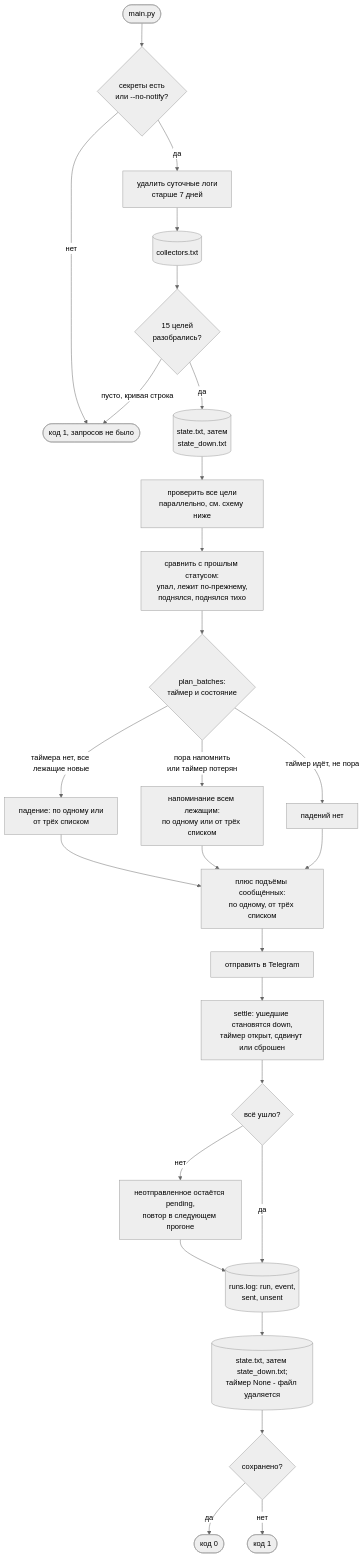
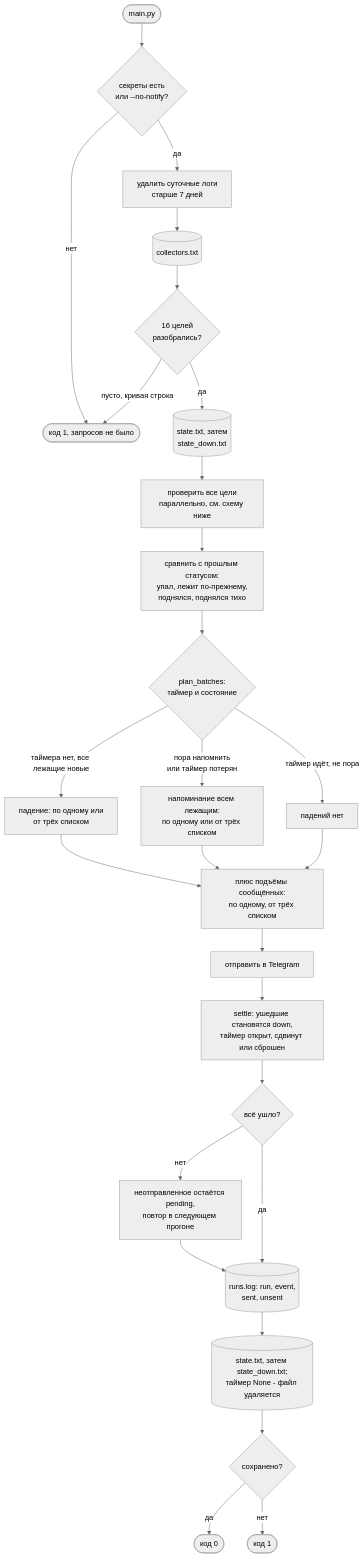
The second of 3 diagrams in automation/collector_checker/README.md (not-hehe/digital_tools), drawn with Mermaid (neutral theme) before and after one commit. The commit also changed other lines of this file and 8 other files, not shown here.

````diff
--- a/automation/collector_checker/README.md
+++ b/automation/collector_checker/README.md
@@ -112,28 +118,28 @@
 ```mermaid
 flowchart TD
     START([main.py]) --> SEC{секреты есть<br/>или --no-notify?}
     SEC -->|нет| EXIT1([код 1, запросов не было])
     SEC -->|да| PRUNE[удалить суточные логи<br/>старше 7 дней]
-    PRUNE --> LIST[(collectors.txt)] --> PARSE{15 целей<br/>разобрались?}
+    PRUNE --> LIST[(collectors.txt)] --> PARSE{16 целей<br/>разобрались?}
     PARSE -->|пусто, кривая строка| EXIT1
     PARSE -->|да| STATE[(state.txt, затем<br/>state_down.txt)]
     STATE --> PROBE[проверить все цели<br/>параллельно, см. схему ниже]
     PROBE --> EVENTS[сравнить с прошлым статусом:<br/>упал, лежит по-прежнему,<br/>поднялся, поднялся тихо]
     EVENTS --> PLAN{plan_batches:<br/>таймер и состояние}
     PLAN -->|таймера нет, все лежащие новые| FALL["падение: по одному или<br/>от трёх списком"]
     PLAN -->|пора напомнить<br/>или таймер потерян| REMIND["напоминание всем лежащим:<br/>по одному или от трёх списком"]
     PLAN -->|таймер идёт, не пора| NOTHING[падений нет]
     FALL --> UPMSG["плюс подъёмы сообщённых:<br/>по одному, от трёх списком"]
     REMIND --> UPMSG
     NOTHING --> UPMSG
     UPMSG --> TG[отправить в Telegram]
     TG --> SETTLE[settle: ушедшие становятся down,<br/>таймер открыт, сдвинут или сброшен]
     SETTLE --> UNSENT{всё ушло?}
     UNSENT -->|нет| REVERT[неотправленное остаётся pending,<br/>повтор в следующем прогоне]
     REVERT --> RUNLOG
     UNSENT -->|да| RUNLOG[(runs.log: run, event,<br/>sent, unsent)]
     RUNLOG --> SAVE[(state.txt, затем state_down.txt;<br/>таймер None - файл удаляется)]
     SAVE --> DONE{сохранено?}
     DONE -->|да| EXIT0([код 0])
     DONE -->|нет| EXIT1B([код 1])
 ```
````
